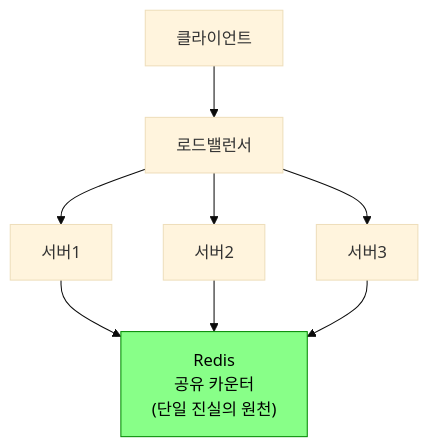
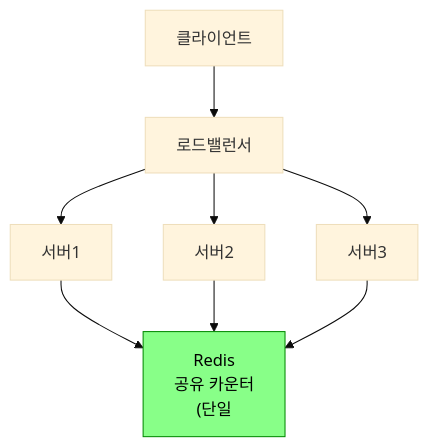
Before and after one commit to yjkim2015/yjkim2015.github.io: the tenth of 13 diagrams in _posts/spring/2026-05-01-rate-limiting.md, drawn with Mermaid (base theme). The commit also changed other lines of this file and 271 other files, not shown here.

First line of the commit message:
Mermaid 라벨 축소: 긴 노드 텍스트 18자 이하로 트림 + \n 제거

````diff
--- a/_posts/spring/2026-05-01-rate-limiting.md
+++ b/_posts/spring/2026-05-01-rate-limiting.md
@@ -709,9 +709,9 @@
 ```mermaid
 graph TD
     C["클라이언트"] --> LB["로드밸런서"]
     LB --> S1["서버1"]
     LB --> S2["서버2"]
     LB --> S3["서버3"]
-    S1 & S2 & S3 --> R["Redis\n공유 카운터\n(단일 진실의 원천)"]
+    S1 & S2 & S3 --> R["Redis\n공유 카운터\n(단일"]
     style R fill:#8f8,stroke:#080,color:#000
 ```
````
